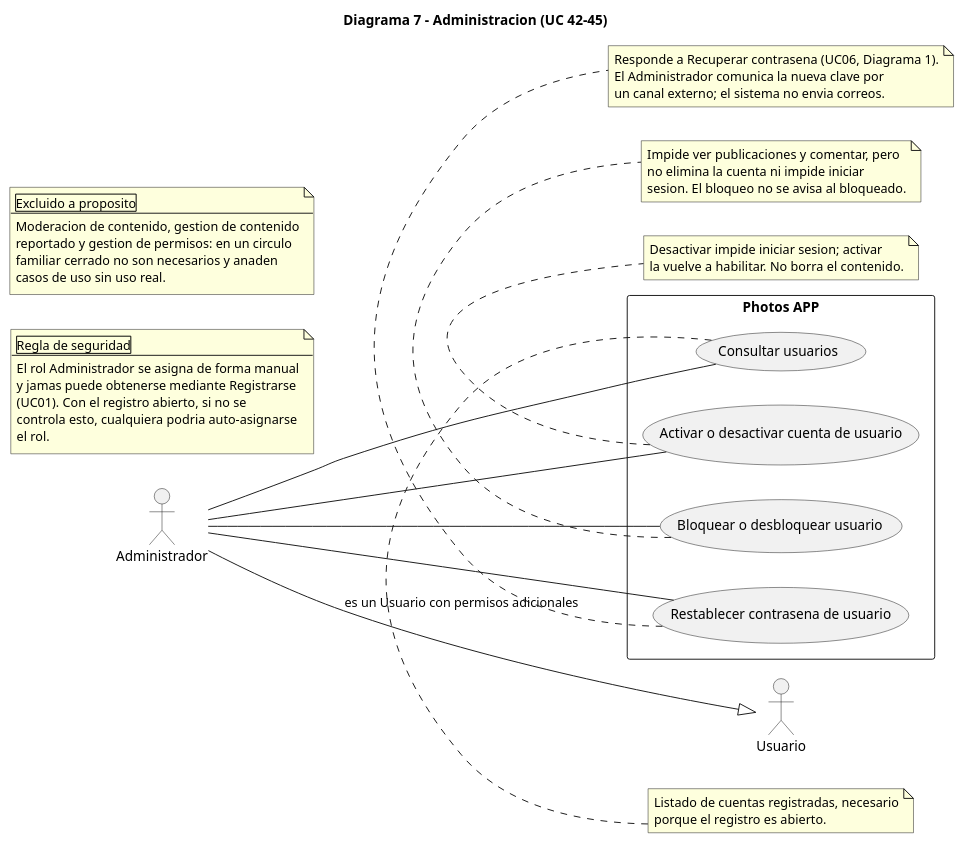
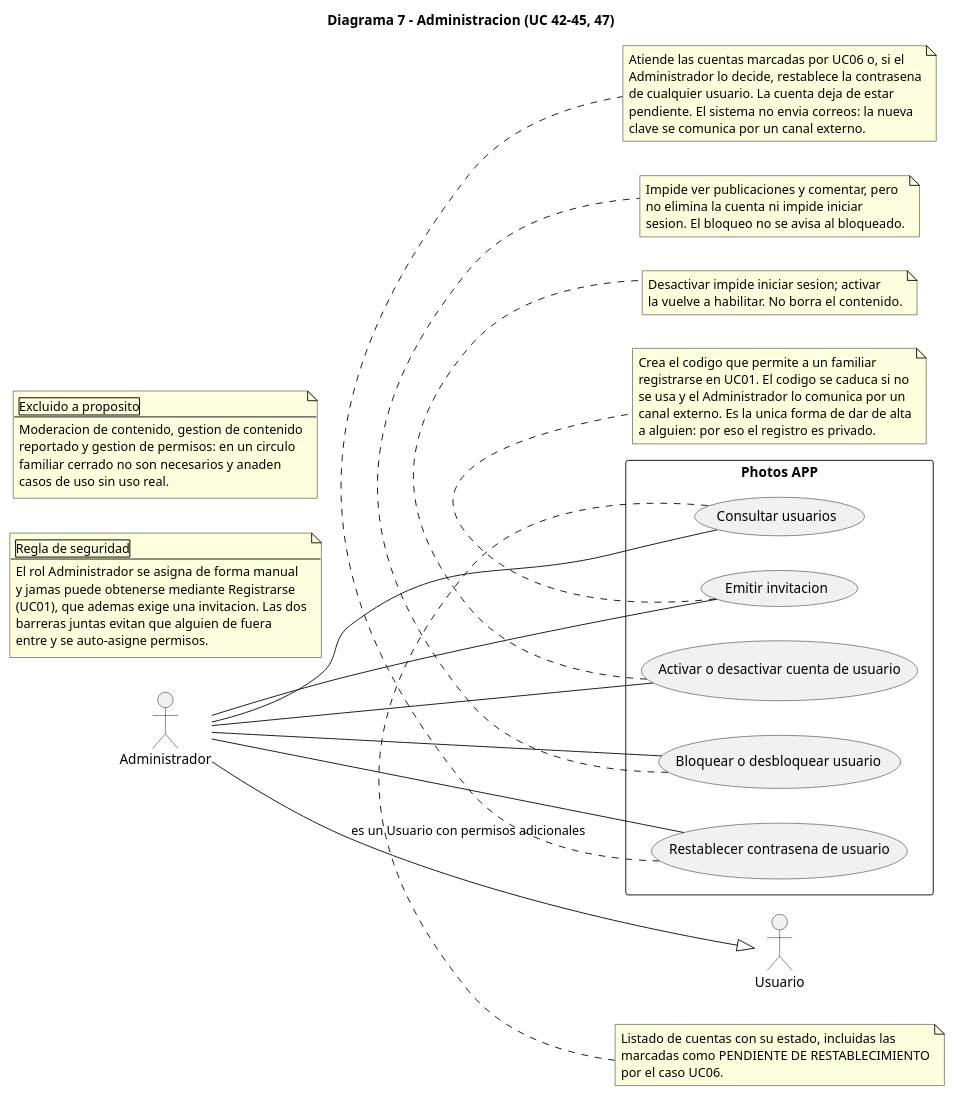
Before and after one commit to AgudeloAlexander623/FamPost_app_web: the seventh of 7 diagrams in docs/casos-de-uso.md, drawn with PlantUML. The commit also changed other lines of this file and 37 other files, not shown here.

````diff
--- a/docs/casos-de-uso.md
+++ b/docs/casos-de-uso.md
@@ -531,65 +558,78 @@
 ```plantuml
 @startuml
-title Diagrama 7 - Administracion (UC 42-45)
+title Diagrama 7 - Administracion (UC 42-45, 47)
 
 left to right direction
 skinparam shadowing false
 
 actor Usuario as U
 actor Administrador as AD
 AD --|> U : es un Usuario con permisos adicionales
 
 rectangle "Photos APP" {
   usecase "Consultar usuarios" as UC42
   usecase "Activar o desactivar cuenta de usuario" as UC43
   usecase "Bloquear o desbloquear usuario" as UC44
   usecase "Restablecer contrasena de usuario" as UC45
+  usecase "Emitir invitacion" as UC47
 }
 
 AD -- UC42
 AD -- UC43
 AD -- UC44
 AD -- UC45
+AD -- UC47
 
 note top of UC42
-  Listado de cuentas registradas, necesario
-  porque el registro es abierto.
+  Listado de cuentas con su estado, incluidas las
+  marcadas como PENDIENTE DE RESTABLECIMIENTO
+  por el caso UC06.
+end note
+
+note bottom of UC47
+  Crea el codigo que permite a un familiar
+  registrarse en UC01. El codigo se caduca si no
+  se usa y el Administrador lo comunica por un
+  canal externo. Es la unica forma de dar de alta
+  a alguien: por eso el registro es privado.
 end note
 
 note bottom of UC43
   Desactivar impide iniciar sesion; activar
   la vuelve a habilitar. No borra el contenido.
 end note
 
 note bottom of UC44
   Impide ver publicaciones y comentar, pero
   no elimina la cuenta ni impide iniciar
   sesion. El bloqueo no se avisa al bloqueado.
 end note
 
 note bottom of UC45
-  Responde a Recuperar contrasena (UC06, Diagrama 1).
-  El Administrador comunica la nueva clave por
-  un canal externo; el sistema no envia correos.
+  Atiende las cuentas marcadas por UC06 o, si el
+  Administrador lo decide, restablece la contrasena
+  de cualquier usuario. La cuenta deja de estar
+  pendiente. El sistema no envia correos: la nueva
+  clave se comunica por un canal externo.
 end note
 
 note as NROL
   |Regla de seguridad|
   --
   El rol Administrador se asigna de forma manual
   y jamas puede obtenerse mediante Registrarse
-  (UC01). Con el registro abierto, si no se
-  controla esto, cualquiera podria auto-asignarse
-  el rol.
+  (UC01), que ademas exige una invitacion. Las dos
+  barreras juntas evitan que alguien de fuera
+  entre y se auto-asigne permisos.
 end note
 
 note as NEXCL
   |Excluido a proposito|
   --
   Moderacion de contenido, gestion de contenido
   reportado y gestion de permisos: en un circulo
   familiar cerrado no son necesarios y anaden
   casos de uso sin uso real.
 end note
 @enduml
 ```
````
